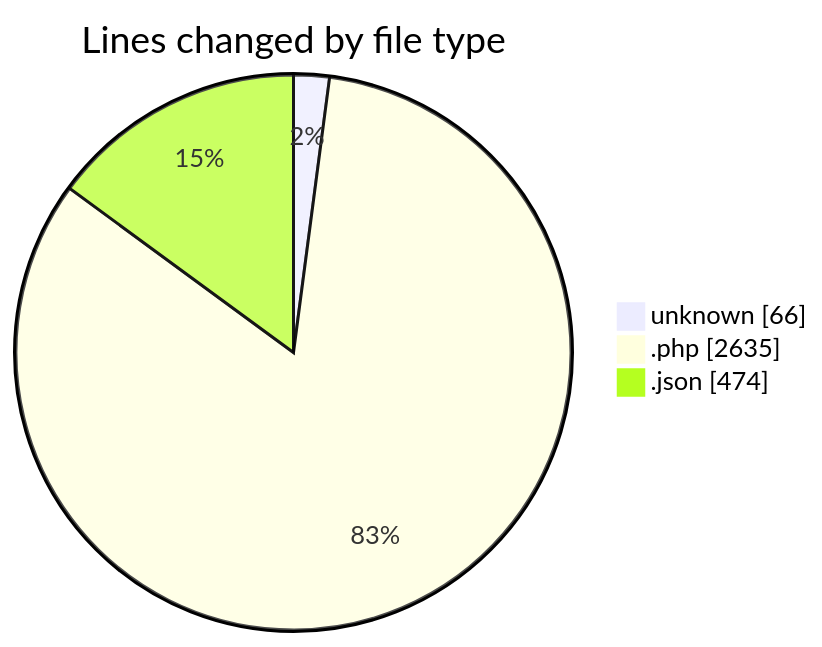
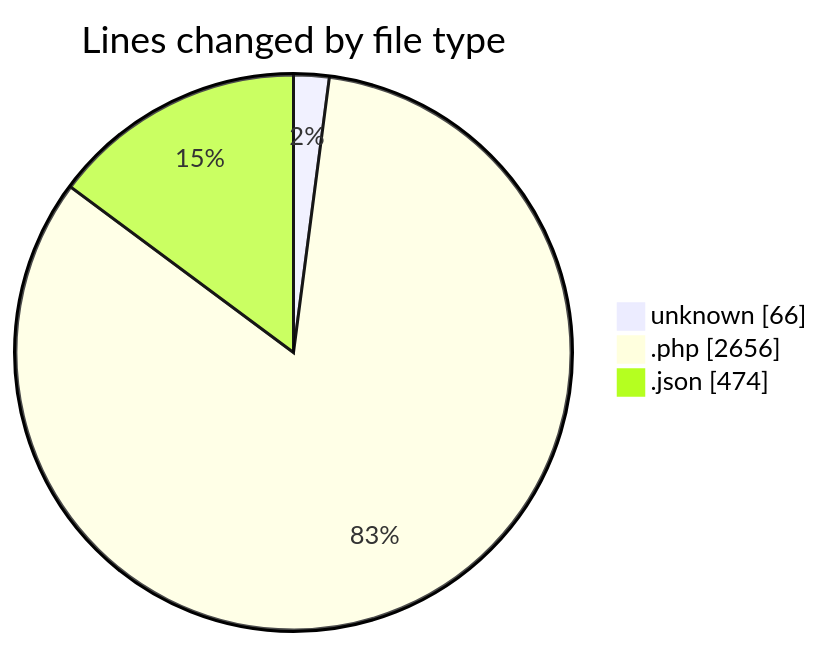
The first of 2 diagrams in 2025-05-27/studio-backend/README.md (idhammustaqopulfikri/code-tracking), drawn with Mermaid before and after one commit. The commit also changed other lines of this file and 1 other file, not shown here.

````diff
--- a/2025-05-27/studio-backend/README.md
+++ b/2025-05-27/studio-backend/README.md
@@ -54,7 +54,7 @@
 ```mermaid
 pie showData
 title Lines changed by file type
 "unknown" : 66
-".php" : 2635
+".php" : 2656
 ".json" : 474
 ```
````
